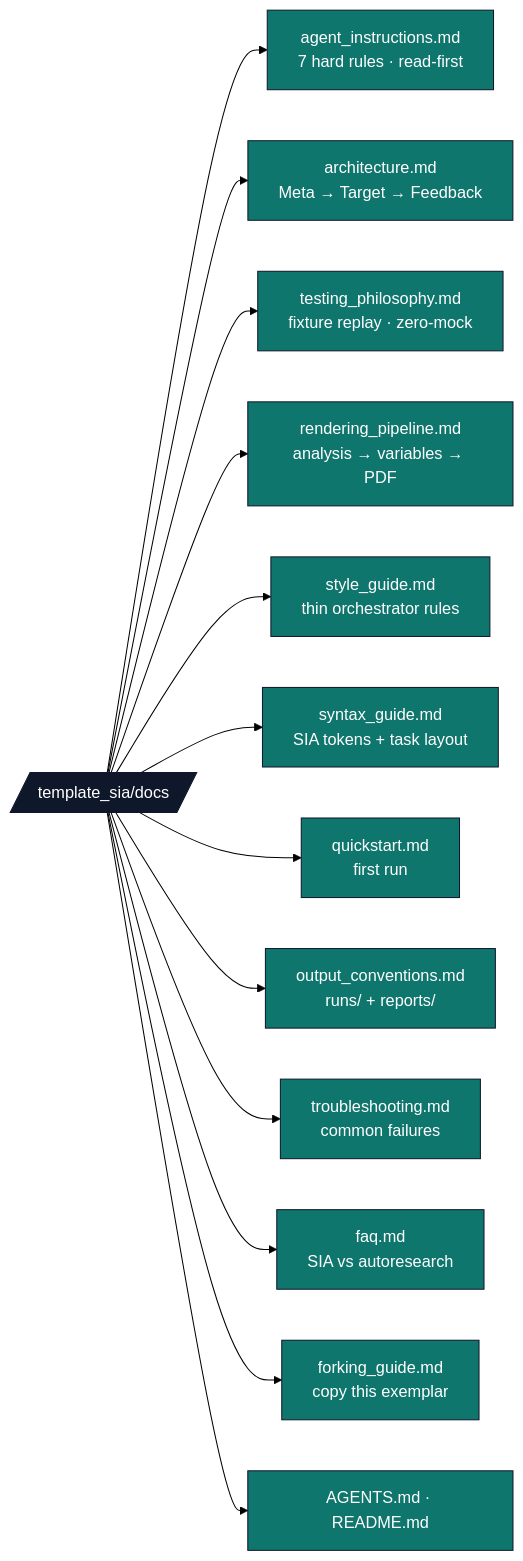
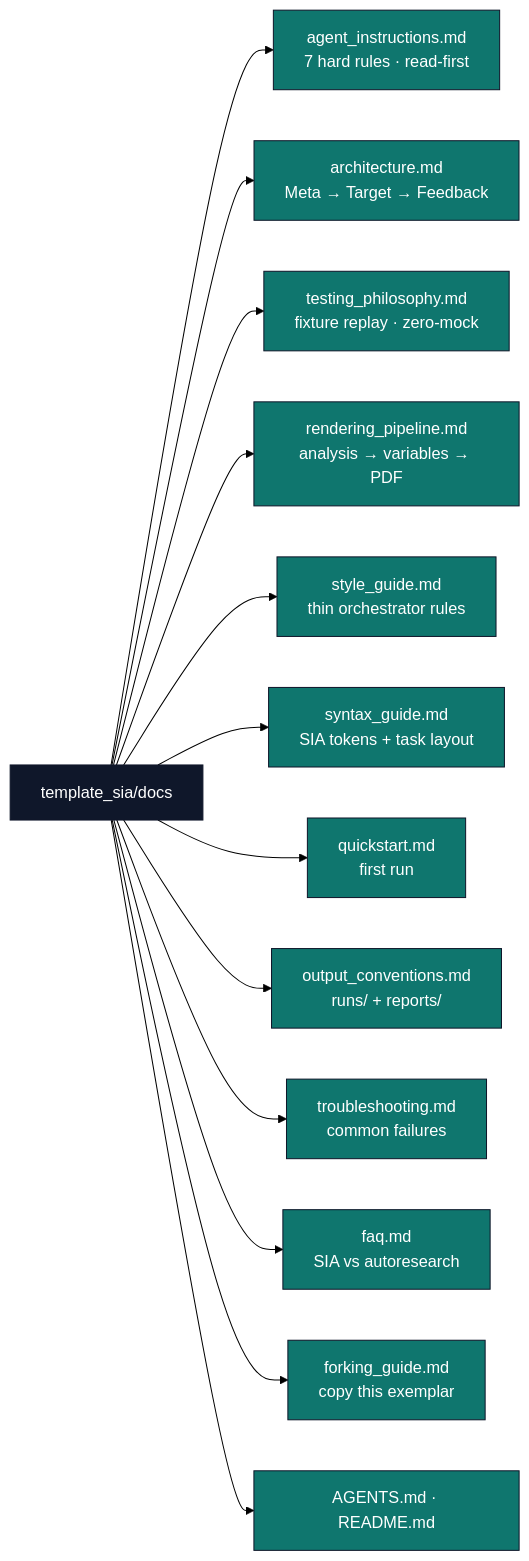
Before and after one commit to docxology/template: the diagram in projects/templates/template_sia/docs/README.md, drawn with Mermaid (forest theme). The commit also changed 94 other files, not shown here.

````diff
--- a/projects/templates/template_sia/docs/README.md
+++ b/projects/templates/template_sia/docs/README.md
@@ -5,21 +5,21 @@
 ```mermaid
 flowchart LR
-    HUB[/template_sia/docs/]
+    HUB[template_sia/docs]
     HUB --> AI[agent_instructions.md<br/>7 hard rules · read-first]
     HUB --> ARCH[architecture.md<br/>Meta → Target → Feedback]
     HUB --> TP[testing_philosophy.md<br/>fixture replay · zero-mock]
     HUB --> RP[rendering_pipeline.md<br/>analysis → variables → PDF]
     HUB --> SG[style_guide.md<br/>thin orchestrator rules]
     HUB --> SX[syntax_guide.md<br/>SIA tokens + task layout]
     HUB --> QS[quickstart.md<br/>first run]
     HUB --> OC[output_conventions.md<br/>runs/ + reports/]
     HUB --> TS[troubleshooting.md<br/>common failures]
     HUB --> FAQ[faq.md<br/>SIA vs autoresearch]
     HUB --> FG[forking_guide.md<br/>copy this exemplar]
     HUB --> META[AGENTS.md · README.md]
 
     classDef d fill:#0f172a,stroke:#0f172a,color:#fff
     classDef f fill:#0f766e,stroke:#0f172a,color:#fff
     class HUB d
     class AI,ARCH,TP,RP,SG,SX,QS,OC,TS,FAQ,FG,META f
 ```
````
